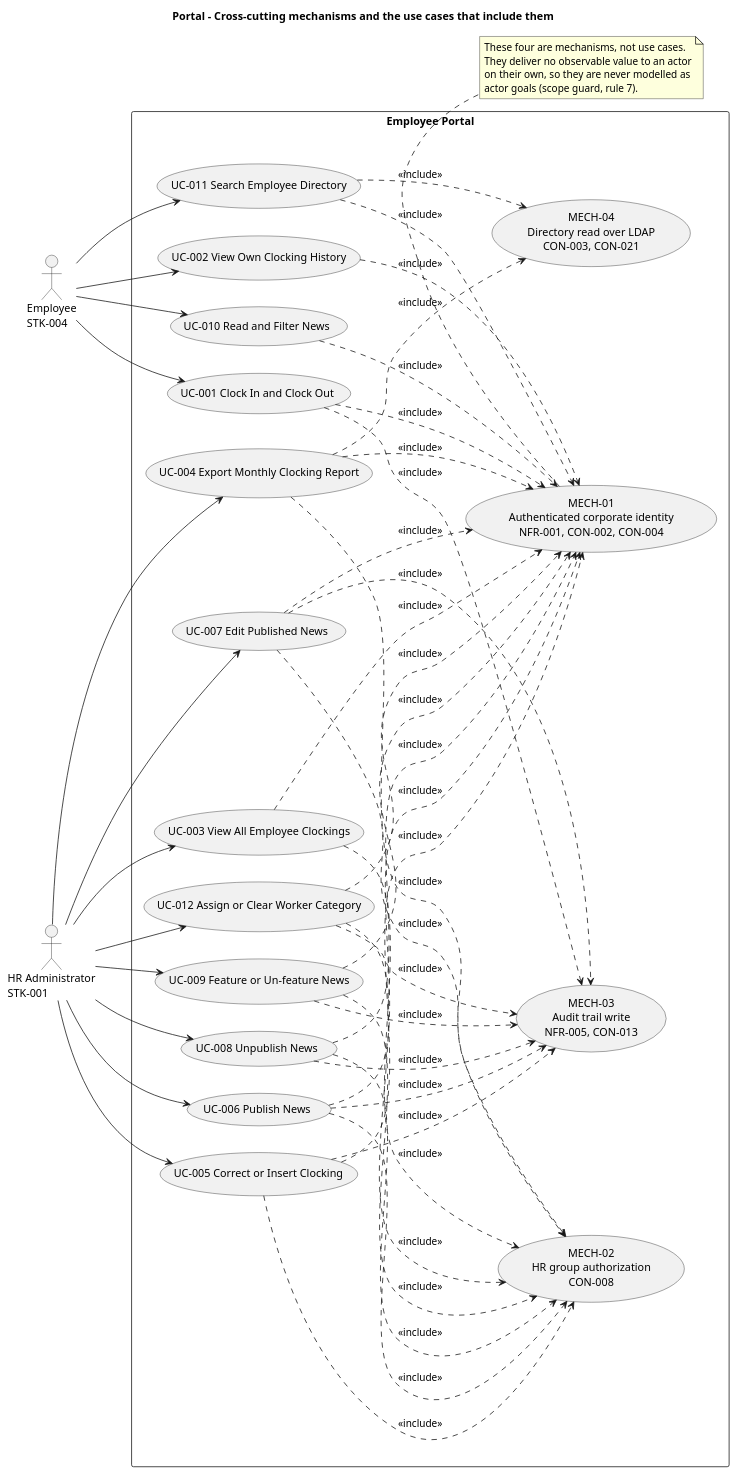
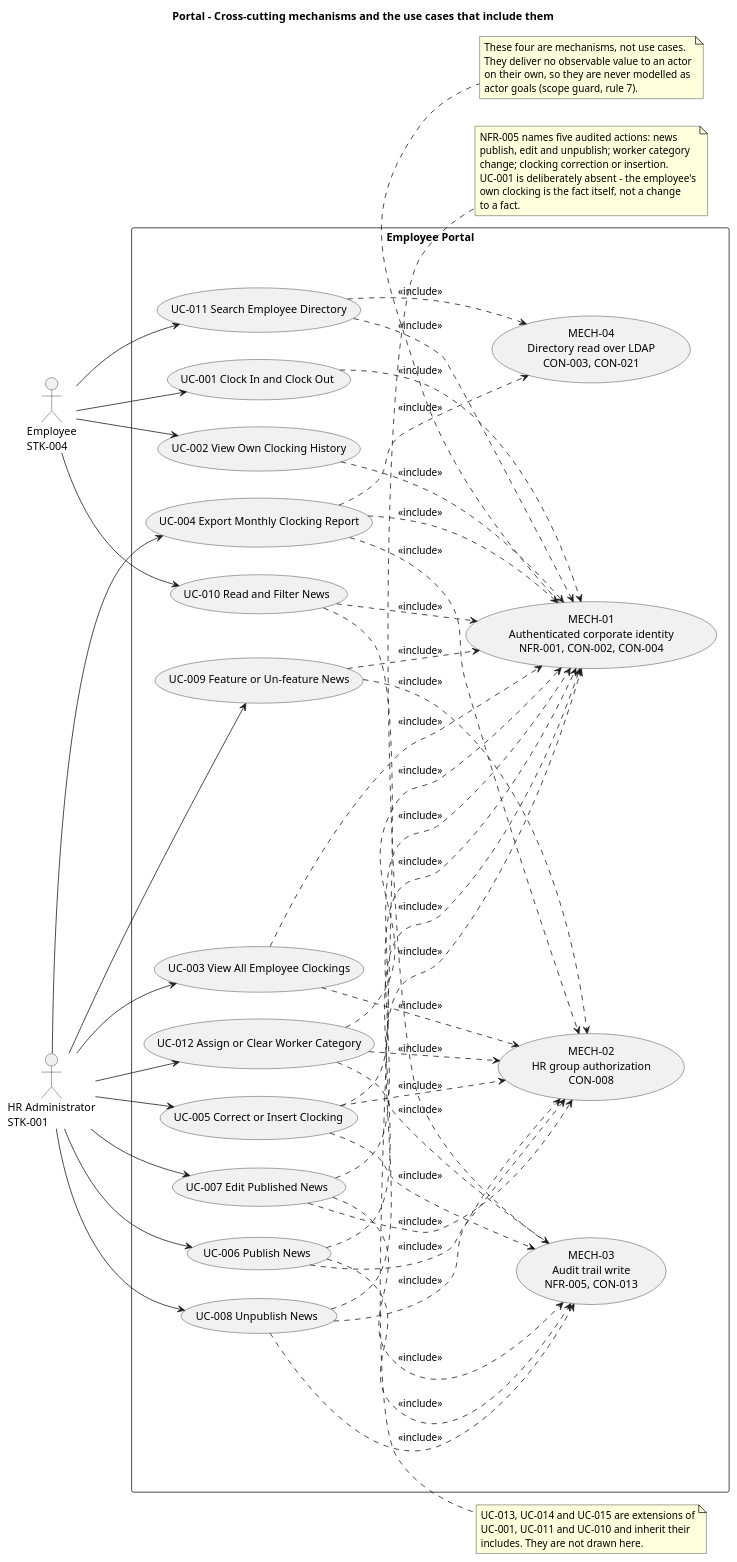
The first of 3 diagrams in docs/artifacts/requirements/supplementary-specification.md (banense-test/portal), drawn with PlantUML before and after one commit. The commit also changed other lines of this file, not shown here.

Commit message:
System Analyst [I1]: upsert Supplementary Specification
[skip ci]

````diff
--- a/docs/artifacts/requirements/supplementary-specification.md
+++ b/docs/artifacts/requirements/supplementary-specification.md
@@ -84,12 +83,10 @@
 UC009 ..> M02 : <<include>>
 UC012 ..> M02 : <<include>>
 
-UC001 ..> M03 : <<include>>
 UC005 ..> M03 : <<include>>
 UC006 ..> M03 : <<include>>
 UC007 ..> M03 : <<include>>
 UC008 ..> M03 : <<include>>
-UC009 ..> M03 : <<include>>
 UC012 ..> M03 : <<include>>
 
 UC004 ..> M04 : <<include>>
@@ -101,5 +98,20 @@
   on their own, so they are never modelled as
   actor goals (scope guard, rule 7).
 end note
+
+note bottom of M03
+  NFR-005 names five audited actions: news
+  publish, edit and unpublish; worker category
+  change; clocking correction or insertion.
+  UC-001 is deliberately absent - the employee's
+  own clocking is the fact itself, not a change
+  to a fact.
+end note
+
+note right of UC010
+  UC-013, UC-014 and UC-015 are extensions of
+  UC-001, UC-011 and UC-010 and inherit their
+  includes. They are not drawn here.
+end note
 @enduml
 ```
````
